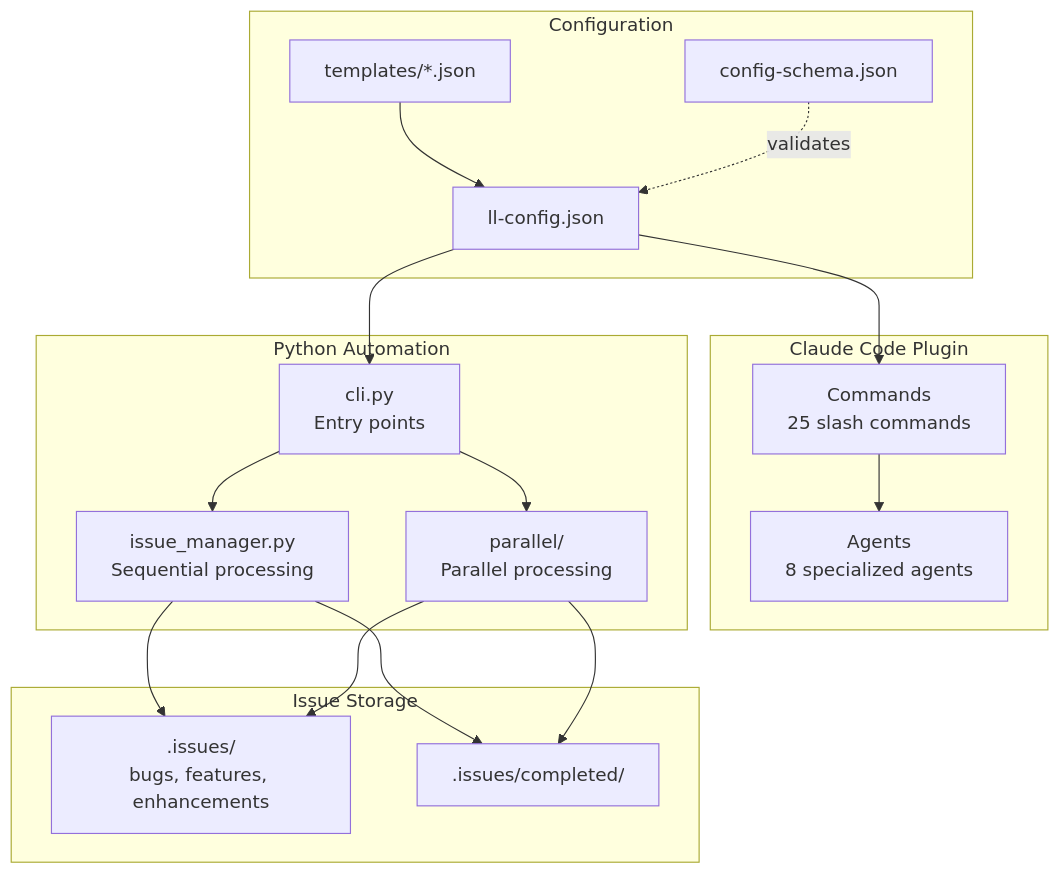
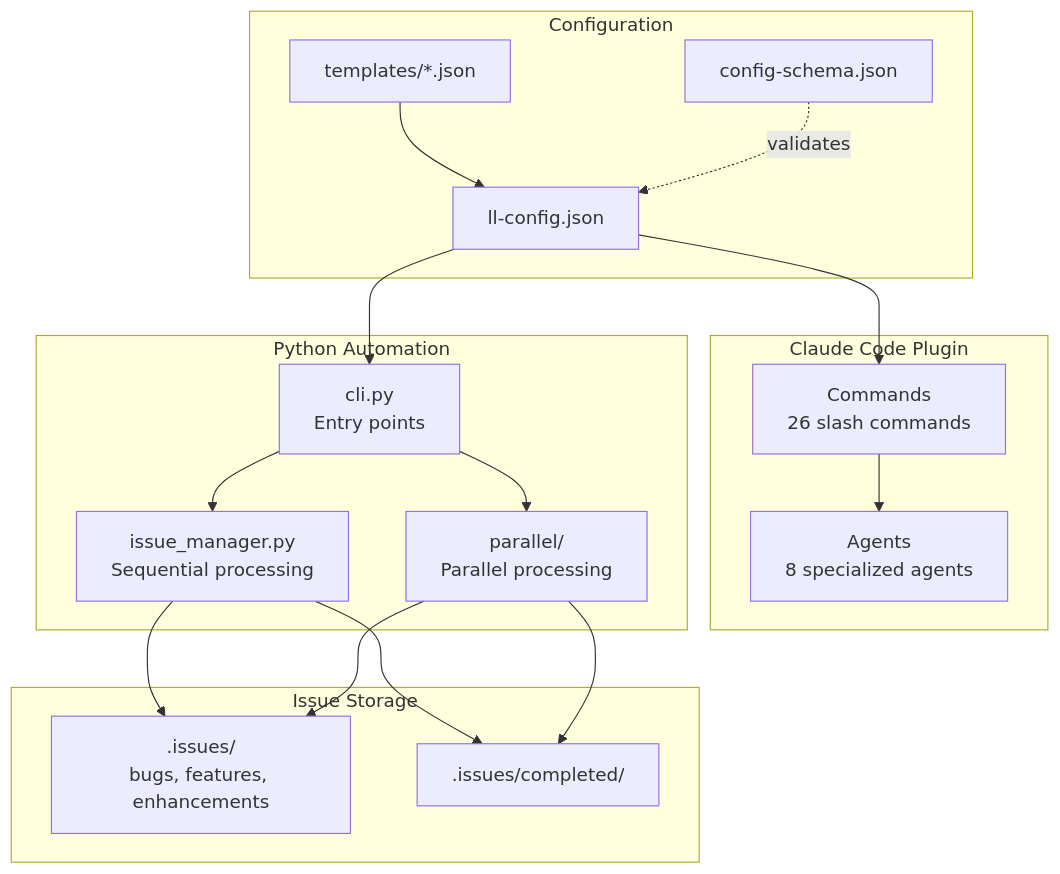
Before and after one commit to BrennonTWilliams/little-loops: the first of 11 diagrams in docs/ARCHITECTURE.md, drawn with Mermaid. The commit also changed other lines of this file and 1 other file, not shown here.

Commit message:
fix(docs): correct command count in ARCHITECTURE.md
BUG-108: Incorrect command count in ARCHITECTURE.md

- Updated mermaid diagram to show 26 slash commands (was 25)
- Updated directory structure comment to show 26 commands

Closes BUG-108

````diff
--- a/docs/ARCHITECTURE.md
+++ b/docs/ARCHITECTURE.md
@@ -21,36 +21,36 @@
 ```mermaid
 flowchart TB
     subgraph "Claude Code Plugin"
-        CMD[Commands<br/>25 slash commands]
+        CMD[Commands<br/>26 slash commands]
         AGT[Agents<br/>8 specialized agents]
     end
 
     subgraph "Configuration"
         CFG[ll-config.json]
         SCHEMA[config-schema.json]
         TPL[templates/*.json]
     end
 
     subgraph "Python Automation"
         CLI[cli.py<br/>Entry points]
         AUTO[issue_manager.py<br/>Sequential processing]
         PARALLEL[parallel/<br/>Parallel processing]
     end
 
     subgraph "Issue Storage"
         ISSUES[.issues/<br/>bugs, features, enhancements]
         COMPLETED[.issues/completed/]
     end
 
     CFG --> CMD
     TPL --> CFG
     SCHEMA -.->|validates| CFG
     CFG --> CLI
     CMD --> AGT
     CLI --> AUTO
     CLI --> PARALLEL
     AUTO --> ISSUES
     PARALLEL --> ISSUES
     AUTO --> COMPLETED
     PARALLEL --> COMPLETED
 ```
````
